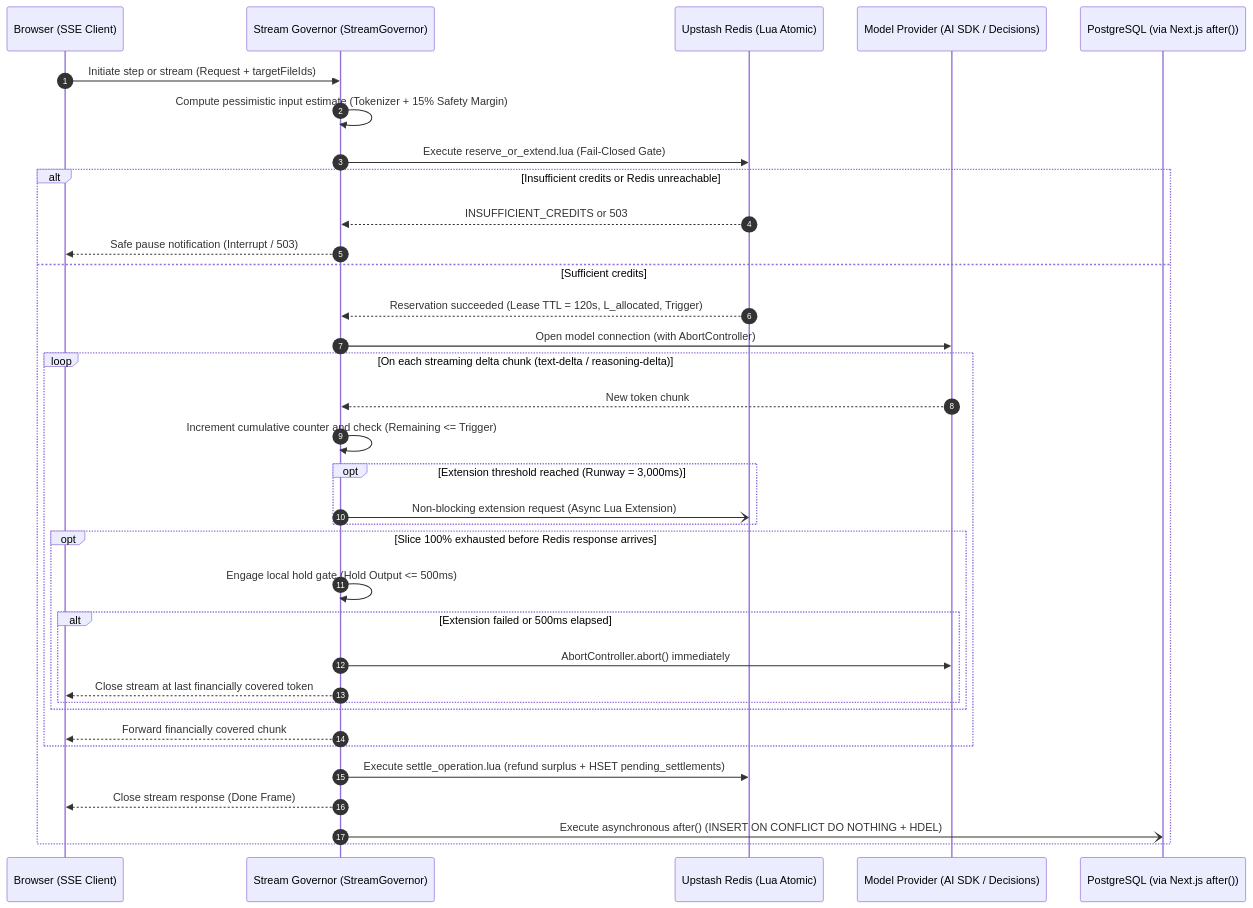
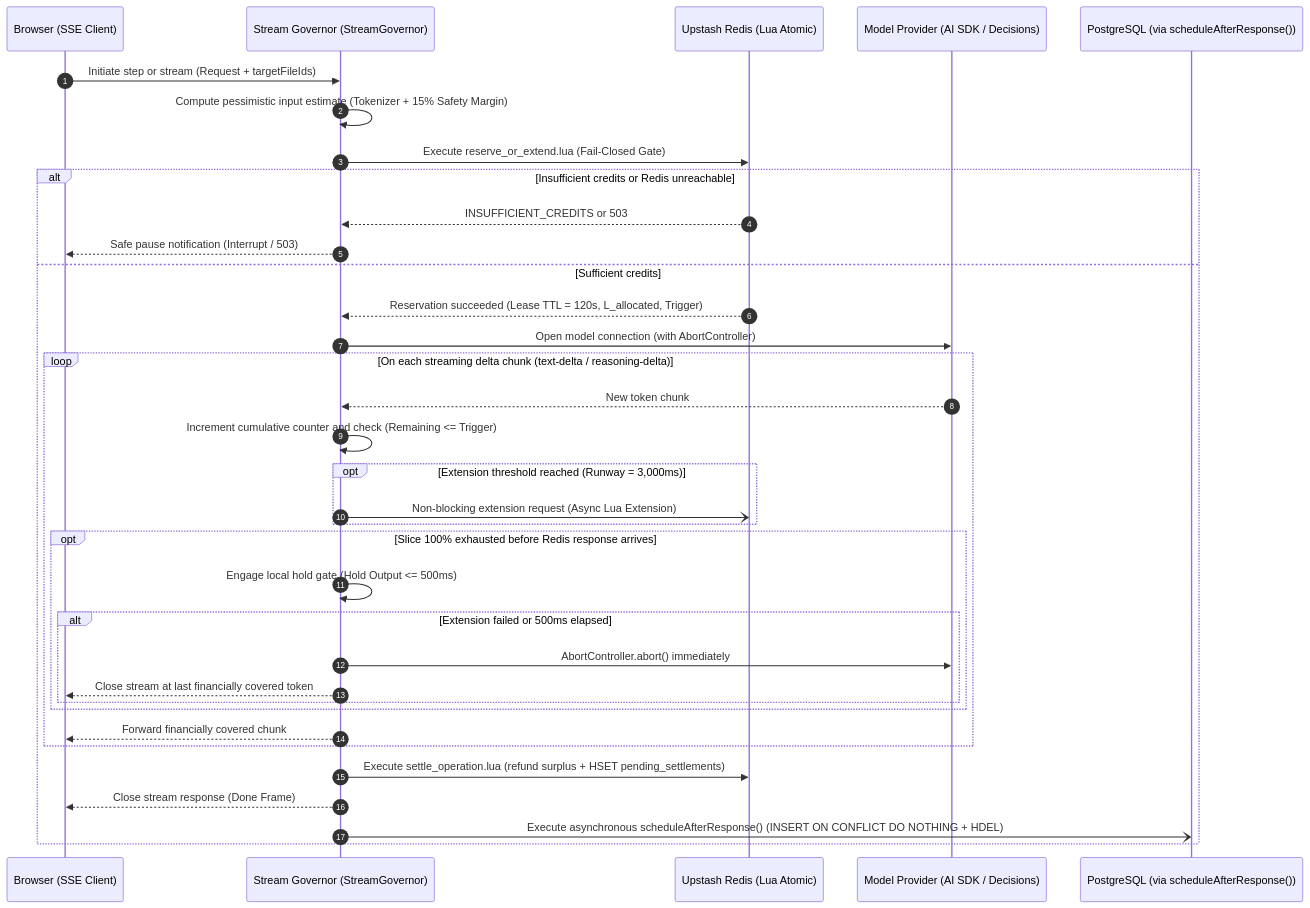
One commit to Abdullah931-stack/ELIXENT changed the diagram in docs/architecture/04_credit_metering_and_settlement_architecture.md. Above: the diagram before and after it, drawn with Mermaid. The commit also changed other lines of this file and 23 other files, not shown here.

Commit message:
docs(architecture): align living specs, subsystem docs, guides, and debt register to Vite 6 & Hono

````diff
--- a/docs/architecture/04_credit_metering_and_settlement_architecture.md
+++ b/docs/architecture/04_credit_metering_and_settlement_architecture.md
@@ -127,38 +127,38 @@
 ```mermaid
 sequenceDiagram
     autonumber
     participant Client as Browser (SSE Client)
     participant Gov as Stream Governor (StreamGovernor)
     participant Redis as Upstash Redis (Lua Atomic)
     participant LLM as Model Provider (AI SDK / Decisions)
-    participant PG as PostgreSQL (via Next.js after())
+    participant PG as PostgreSQL (via scheduleAfterResponse())
 
     Client->>Gov: Initiate step or stream (Request + targetFileIds)
     Gov->>Gov: Compute pessimistic input estimate (Tokenizer + 15% Safety Margin)
     Gov->>Redis: Execute reserve_or_extend.lua (Fail-Closed Gate)
     alt Insufficient credits or Redis unreachable
         Redis-->>Gov: INSUFFICIENT_CREDITS or 503
         Gov-->>Client: Safe pause notification (Interrupt / 503)
     else Sufficient credits
         Redis-->>Gov: Reservation succeeded (Lease TTL = 120s, L_allocated, Trigger)
         Gov->>LLM: Open model connection (with AbortController)
         loop On each streaming delta chunk (text-delta / reasoning-delta)
             LLM-->>Gov: New token chunk
             Gov->>Gov: Increment cumulative counter and check (Remaining <= Trigger)
             opt Extension threshold reached (Runway = 3,000ms)
                 Gov-)Redis: Non-blocking extension request (Async Lua Extension)
             end
             opt Slice 100% exhausted before Redis response arrives
                 Gov->>Gov: Engage local hold gate (Hold Output <= 500ms)
                 alt Extension failed or 500ms elapsed
                     Gov->>LLM: AbortController.abort() immediately
                     Gov-->>Client: Close stream at last financially covered token
                 end
             end
             Gov-->>Client: Forward financially covered chunk
         end
         Gov->>Redis: Execute settle_operation.lua (refund surplus + HSET pending_settlements)
         Gov-->>Client: Close stream response (Done Frame)
-        Gov-)PG: Execute asynchronous after() (INSERT ON CONFLICT DO NOTHING + HDEL)
+        Gov-)PG: Execute asynchronous scheduleAfterResponse() (INSERT ON CONFLICT DO NOTHING + HDEL)
     end
 ```
````
